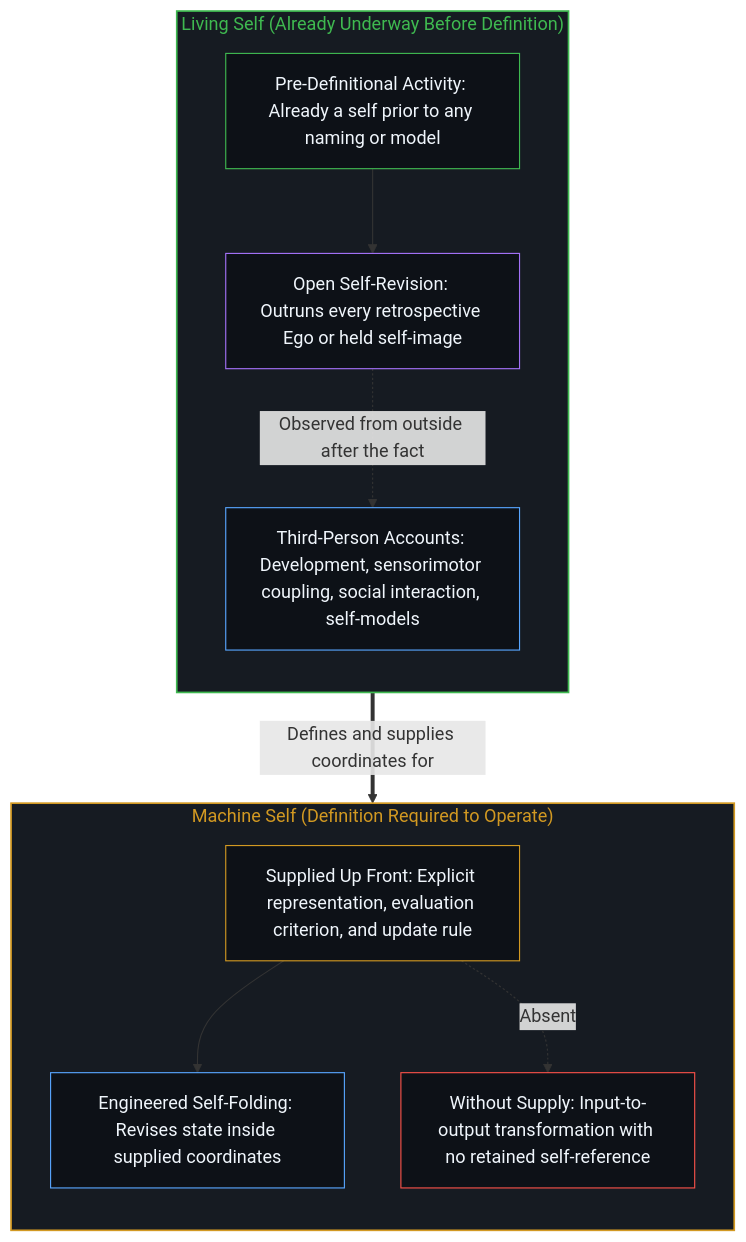
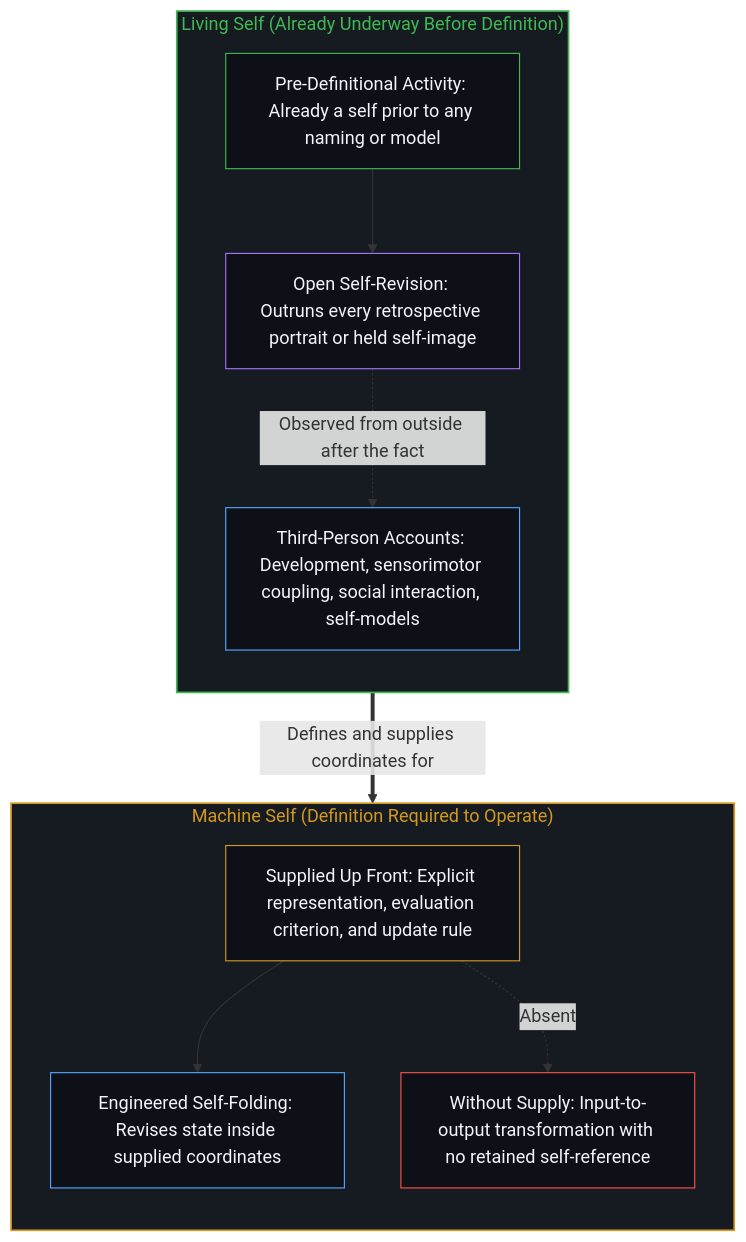
One commit to powerpig99/not-a-toe changed the fourth of 4 diagrams in content/posts/the-folded-self-image-and-the-bound-of-simulation.md. Above: the diagram before and after it, drawn with Mermaid. The commit also changed other lines of this file and 24 other files, not shown here.

````diff
--- a/content/posts/the-folded-self-image-and-the-bound-of-simulation.md
+++ b/content/posts/the-folded-self-image-and-the-bound-of-simulation.md
@@ -142,28 +142,28 @@
 ```mermaid
 flowchart TD
     subgraph S_Living["Living Self (Already Underway Before Definition)"]
         direction TB
         LS_Prior["Pre-Definitional Activity: Already a self prior to any naming or model"]
-        LS_Revise["Open Self-Revision: Outruns every retrospective Ego or held self-image"]
+        LS_Revise["Open Self-Revision: Outruns every retrospective portrait or held self-image"]
         LS_Third["Third-Person Accounts: Development, sensorimotor coupling, social interaction, self-models"]
         LS_Prior --> LS_Revise
         LS_Revise -.->|"Observed from outside after the fact"| LS_Third
     end
     subgraph S_Machine["Machine Self (Definition Required to Operate)"]
         direction TB
         MS_Supply["Supplied Up Front: Explicit representation, evaluation criterion, and update rule"]
         MS_Fold["Engineered Self-Folding: Revises state inside supplied coordinates"]
         MS_NoSupply["Without Supply: Input-to-output transformation with no retained self-reference"]
         MS_Supply --> MS_Fold
         MS_Supply -.->|"Absent"| MS_NoSupply
     end
     LS_Prior ==>|"Defines and supplies coordinates for"| MS_Supply
     style S_Living fill:#161b22,stroke:#3fb950,stroke-width:1.5px,color:#3fb950
     style S_Machine fill:#161b22,stroke:#d29922,stroke-width:1.5px,color:#d29922
     style LS_Prior fill:#0d1117,stroke:#3fb950,stroke-width:1px,color:#f0f6fc
     style LS_Revise fill:#0d1117,stroke:#a371f7,stroke-width:1px,color:#f0f6fc
     style LS_Third fill:#0d1117,stroke:#58a6ff,stroke-width:1px,color:#f0f6fc
     style MS_Supply fill:#0d1117,stroke:#d29922,stroke-width:1px,color:#f0f6fc
     style MS_Fold fill:#0d1117,stroke:#58a6ff,stroke-width:1px,color:#f0f6fc
     style MS_NoSupply fill:#0d1117,stroke:#f85149,stroke-width:1px,color:#f0f6fc
 ```
````
